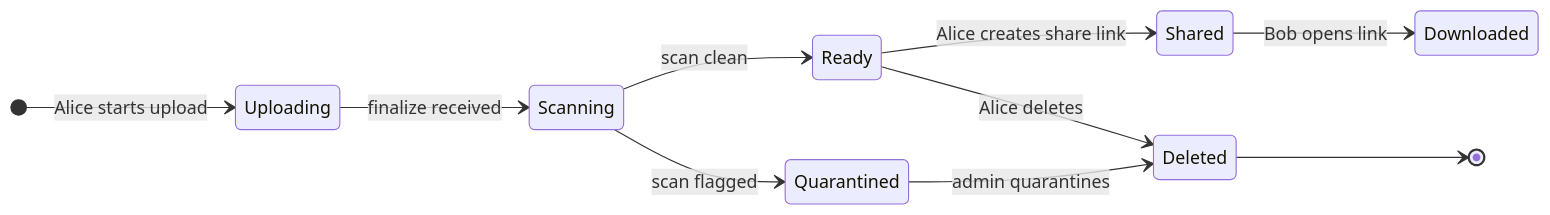
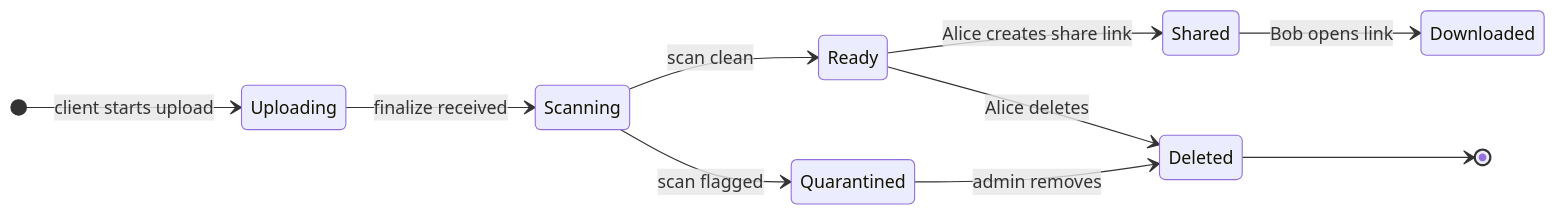
One commit to shiningflash/system-design changed the first of 14 diagrams in problems/020-file-upload-share/question.md. Above: the diagram before and after it, drawn with Mermaid. The commit also changed other lines of this file and 37 other files, not shown here.

````diff
--- a/problems/020-file-upload-share/question.md
+++ b/problems/020-file-upload-share/question.md
@@ -41,13 +30,13 @@
 ```mermaid
 stateDiagram-v2
     direction LR
-    [*] --> Uploading: Alice starts upload
+    [*] --> Uploading: client starts upload
     Uploading --> Scanning: finalize received
     Scanning --> Ready: scan clean
     Scanning --> Quarantined: scan flagged
     Ready --> Shared: Alice creates share link
     Shared --> Downloaded: Bob opens link
     Ready --> Deleted: Alice deletes
-    Quarantined --> Deleted: admin quarantines
+    Quarantined --> Deleted: admin removes
     Deleted --> [*]
 ```
````
